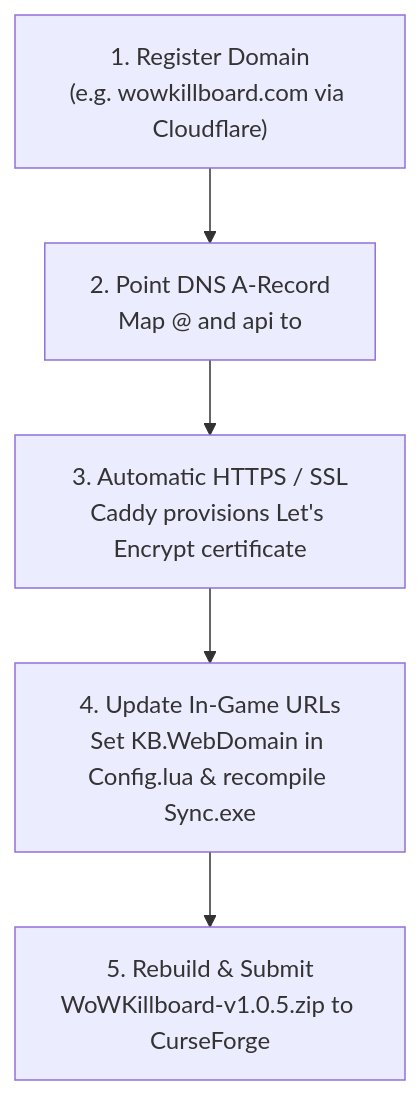
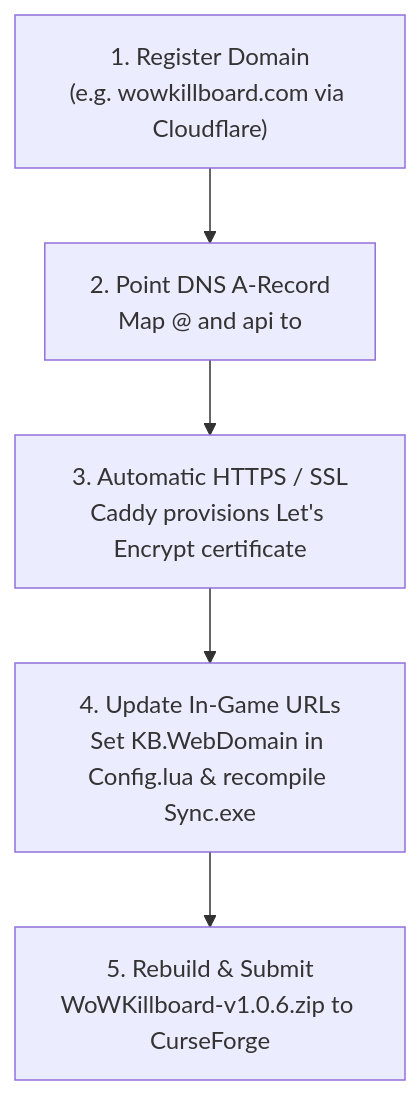
Before and after one commit to dagariane-commits/WoW_Killboard: the diagram in docs/PUBLIC_RELEASE_PLAYBOOK.md, drawn with Mermaid. The commit also changed other lines of this file and 29 other files, not shown here.

Commit message:
chore(release): cut v1.0.6 CurseForge & GitHub community release

````diff
--- a/docs/PUBLIC_RELEASE_PLAYBOOK.md
+++ b/docs/PUBLIC_RELEASE_PLAYBOOK.md
@@ -11,7 +11,7 @@
 ```mermaid
 flowchart TD
     S1["1. Register Domain\n(e.g. wowkillboard.com via Cloudflare)"] --> S2["2. Point DNS A-Record\nMap @ and api to <YOUR_VPS_PUBLIC_IP>"]
     S2 --> S3["3. Automatic HTTPS / SSL\nCaddy provisions Let's Encrypt certificate"]
     S3 --> S4["4. Update In-Game URLs\nSet KB.WebDomain in Config.lua & recompile Sync.exe"]
-    S4 --> S5["5. Rebuild & Submit\nWoWKillboard-v1.0.5.zip to CurseForge"]
+    S4 --> S5["5. Rebuild & Submit\nWoWKillboard-v1.0.6.zip to CurseForge"]
 ```
````
